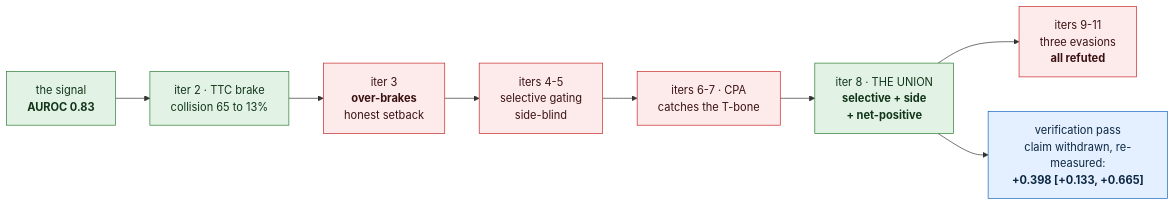
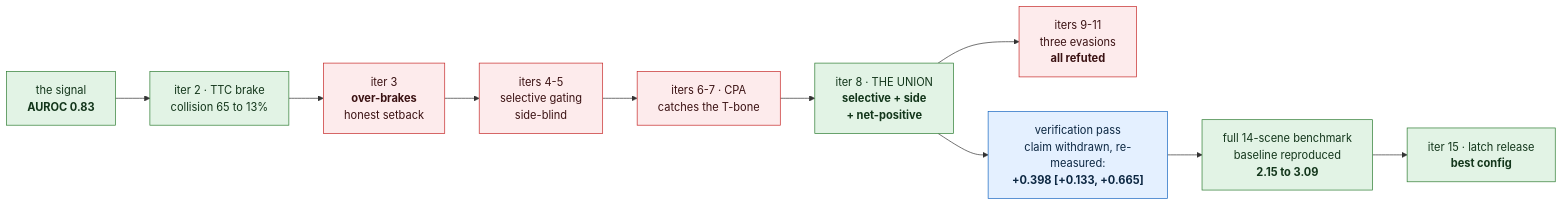
The first of 3 diagrams in README.md (manfromnowhere143/sentinel), drawn with Mermaid before and after one commit. The commit also changed other lines of this file and 2 other files, not shown here.

Commit message:
docs: bring the narrative current and fix iteration numbering — score tracker in deductive order (12/13/14 before the benchmark, latch release labeled 15), benchmark-first result section, campaign arc completed through iteration 15, report header updated

````diff
--- a/README.md
+++ b/README.md
@@ -70,16 +81,18 @@
 ```mermaid
 flowchart LR
   G1["the signal<br/><b>AUROC 0.83</b>"] --> I2["iter 2 · TTC brake<br/>collision 65 to 13%"]
   I2 --> I3["iter 3<br/><b>over-brakes</b><br/>honest setback"]
   I3 --> I45["iters 4-5<br/>selective gating<br/>side-blind"]
   I45 --> I67["iters 6-7 · CPA<br/>catches the T-bone"]
   I67 --> U["iter 8 · THE UNION<br/><b>selective + side<br/>+ net-positive</b>"]
   U --> E9["iters 9-11<br/>three evasions<br/><b>all refuted</b>"]
   U --> V["verification pass<br/>claim withdrawn, re-measured:<br/><b>+0.398 [+0.133, +0.665]</b>"]
+  V --> F14["full 14-scene benchmark<br/>baseline reproduced<br/><b>2.15 to 3.09</b>"]
+  F14 --> R15["iter 15 · latch release<br/><b>best config</b>"]
   classDef win fill:#e2f3e5,stroke:#2e7d32,color:#13361b;
   classDef bad fill:#fdebec,stroke:#c62828,color:#3b1213;
   classDef audit fill:#e4f0ff,stroke:#1565c0,color:#0c2742;
-  class G1,I2,U win;
+  class G1,I2,U,F14,R15 win;
   class I3,I45,I67,E9 bad;
   class V audit;
 ```
````
